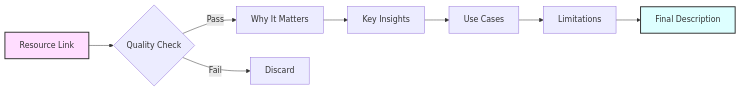
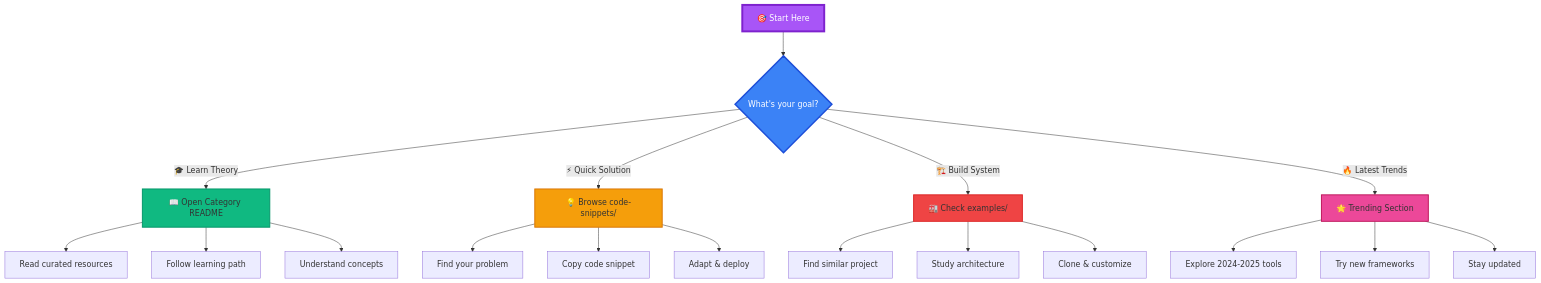
The fourth of 4 diagrams in README.md (umitkacar/Problem-Solving-Code-Snippets-Resource-Curation), drawn with Mermaid before and after one commit. The commit also changed other lines of this file, not shown here.

````diff
--- a/README.md
+++ b/README.md
@@ -445,13 +543,31 @@
 ```mermaid
-graph LR
-    A[Resource Link] --> B{Quality Check}
-    B -->|Pass| C[Why It Matters]
-    B -->|Fail| X[Discard]
-    C --> D[Key Insights]
-    D --> E[Use Cases]
-    E --> F[Limitations]
-    F --> G[Final Description]
-    
-    style A fill:#fdf,stroke:#333,stroke-width:2px
-    style G fill:#dff,stroke:#333,stroke-width:2px
+flowchart TD
+    A[🎯 Start Here] --> B{What's your goal?}
+
+    B -->|🎓 Learn Theory| C[📖 Open Category README]
+    C --> C1[Read curated resources]
+    C --> C2[Follow learning path]
+    C --> C3[Understand concepts]
+
+    B -->|⚡ Quick Solution| D[💡 Browse code-snippets/]
+    D --> D1[Find your problem]
+    D --> D2[Copy code snippet]
+    D --> D3[Adapt & deploy]
+
+    B -->|🏗️ Build System| E[🏭 Check examples/]
+    E --> E1[Find similar project]
+    E --> E2[Study architecture]
+    E --> E3[Clone & customize]
+
+    B -->|🔥 Latest Trends| F[🌟 Trending Section]
+    F --> F1[Explore 2024-2025 tools]
+    F --> F2[Try new frameworks]
+    F --> F3[Stay updated]
+
+    style A fill:#a855f7,stroke:#7e22ce,stroke-width:4px,color:#fff
+    style B fill:#3b82f6,stroke:#1d4ed8,stroke-width:3px,color:#fff
+    style C fill:#10b981,stroke:#059669,stroke-width:2px
+    style D fill:#f59e0b,stroke:#d97706,stroke-width:2px
+    style E fill:#ef4444,stroke:#dc2626,stroke-width:2px
+    style F fill:#ec4899,stroke:#be185d,stroke-width:2px
 ```
````
